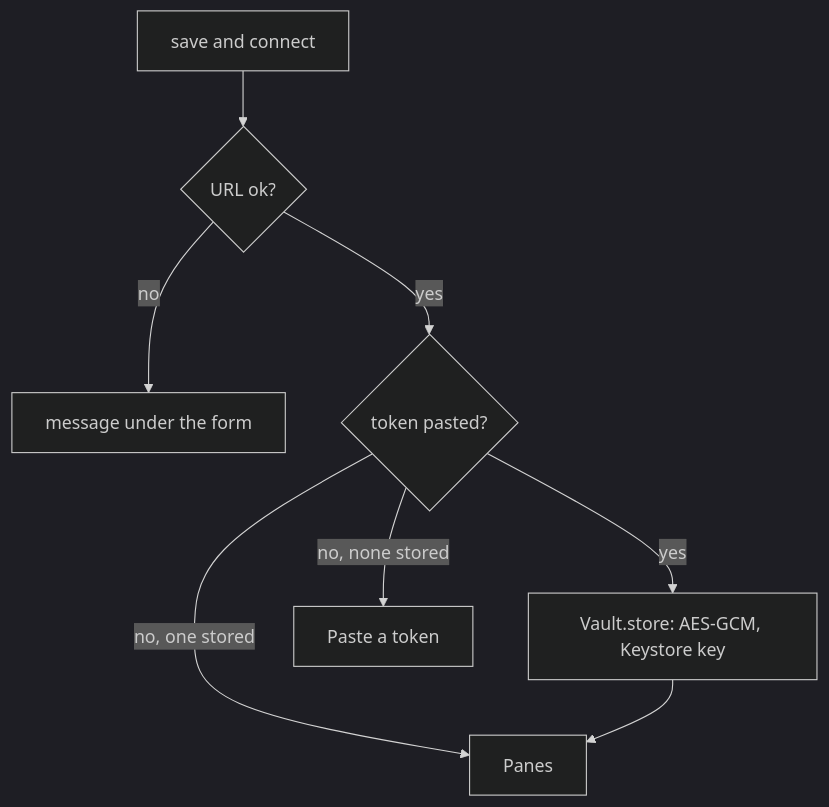
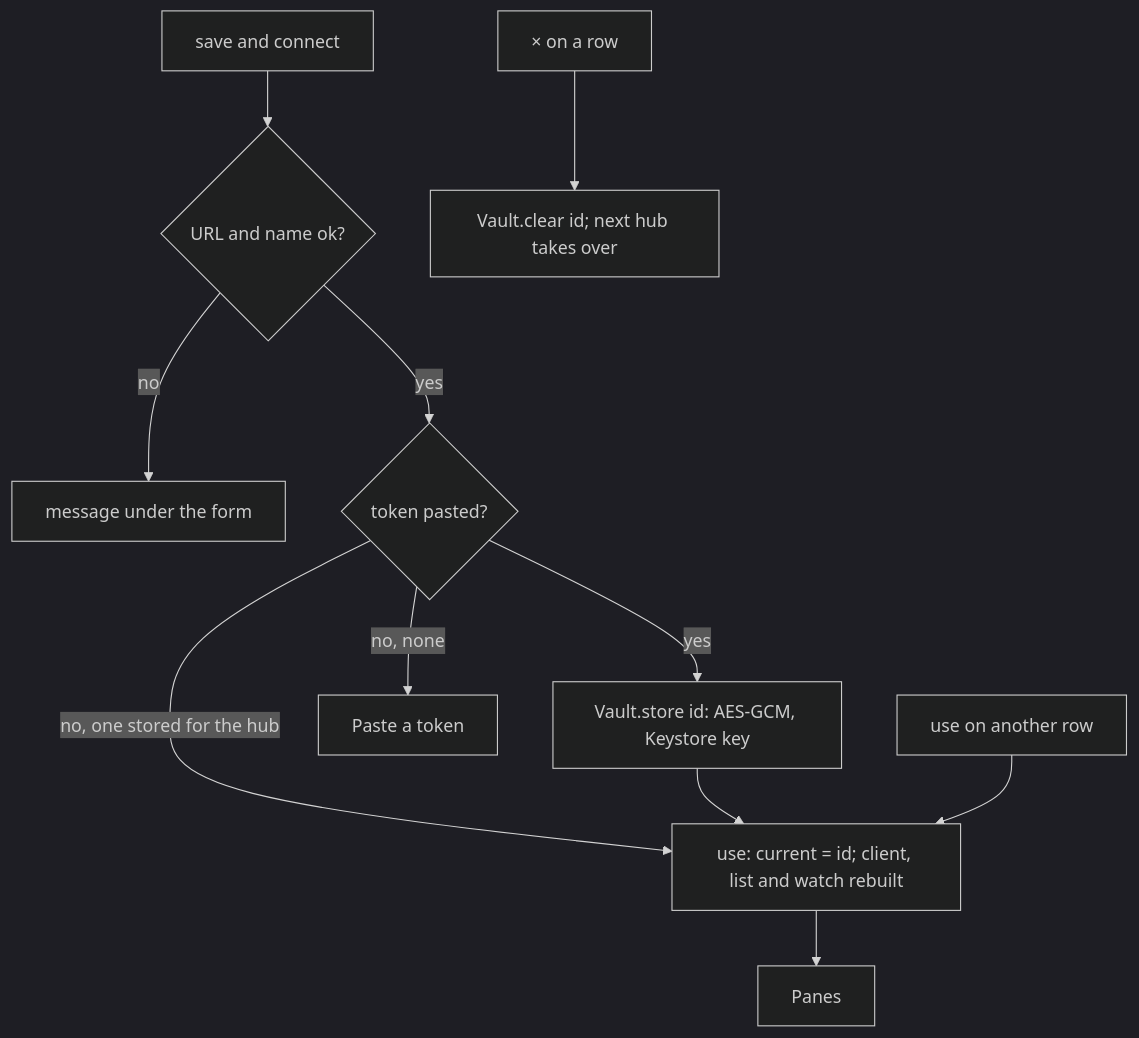
The first of 2 diagrams in docs/features/connect.md (notmarkopadjen/muxway-android), drawn with Mermaid (dark theme) before and after one commit. The commit also changed other lines of this file and 11 other files, not shown here.

First line of the commit message:
Several hubs: a list with a token per hub, one in use; 0.7.7 (19)

````diff
--- a/docs/features/connect.md
+++ b/docs/features/connect.md
@@ -26,10 +47,13 @@
 ```mermaid
 flowchart TD
-    S[save and connect] --> U{URL ok?}
+    S[save and connect] --> U{URL and name ok?}
     U -- no --> E1[message under the form]
     U -- yes --> T{token pasted?}
-    T -- yes --> V[Vault.store: AES-GCM, Keystore key]
-    T -- no, one stored --> P
-    T -- no, none stored --> E2[Paste a token]
-    V --> P[Panes]
+    T -- yes --> V[Vault.store id: AES-GCM, Keystore key]
+    T -- no, one stored for the hub --> W
+    T -- no, none --> E2[Paste a token]
+    V --> W[use: current = id; client, list and watch rebuilt]
+    W --> P[Panes]
+    L[use on another row] --> W
+    R[× on a row] --> D[Vault.clear id; next hub takes over]
 ```
````
